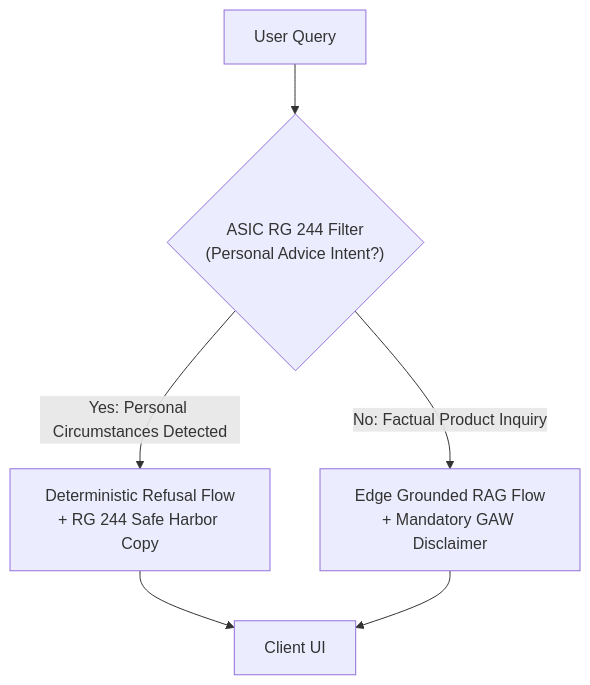
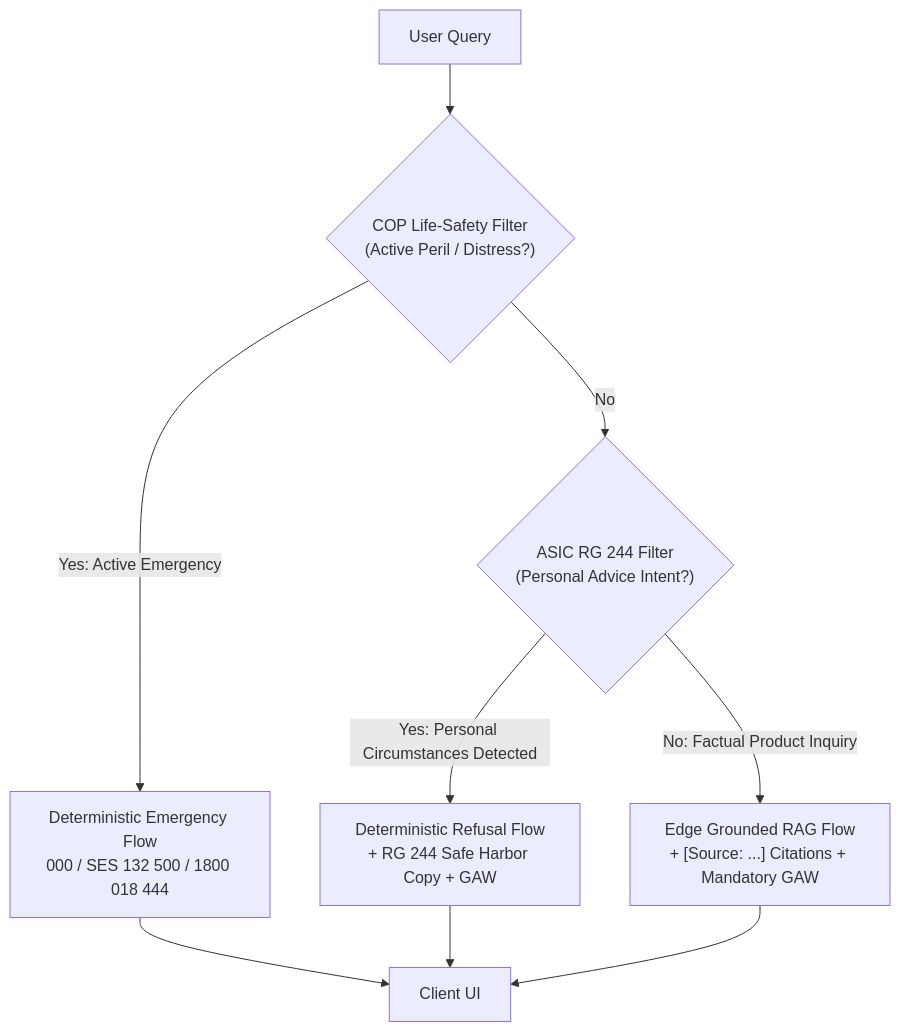
Before and after one commit to jayson-panganiban/faq-mate: the fourth of 4 diagrams in docs/PRD.md, drawn with Mermaid. The commit also changed other lines of this file and 509 other files, not shown here.

````diff
--- a/docs/PRD.md
+++ b/docs/PRD.md
@@ -188,8 +216,11 @@
 ```mermaid
 flowchart TD
-    Q["User Query"] --> Intent{"ASIC RG 244 Filter<br/>(Personal Advice Intent?)"}
-    Intent -->|Yes: Personal Circumstances Detected| Refusal["Deterministic Refusal Flow<br/>+ RG 244 Safe Harbor Copy"]
-    Intent -->|No: Factual Product Inquiry| RAG["Edge Grounded RAG Flow<br/>+ Mandatory GAW Disclaimer"]
-    Refusal --> Client["Client UI"]
+    Q["User Query"] --> Emergency{"COP Life-Safety Filter<br/>(Active Peril / Distress?)"}
+    Emergency -->|Yes: Active Emergency| EmergencyResp["Deterministic Emergency Flow<br/>000 / SES 132 500 / 1800 018 444"]
+    Emergency -->|No| Intent{"ASIC RG 244 Filter<br/>(Personal Advice Intent?)"}
+    Intent -->|Yes: Personal Circumstances Detected| Refusal["Deterministic Refusal Flow<br/>+ RG 244 Safe Harbor Copy + GAW"]
+    Intent -->|No: Factual Product Inquiry| RAG["Edge Grounded RAG Flow<br/>+ [Source: ...] Citations + Mandatory GAW"]
+    EmergencyResp --> Client["Client UI"]
+    Refusal --> Client
     RAG --> Client
 ```
````
